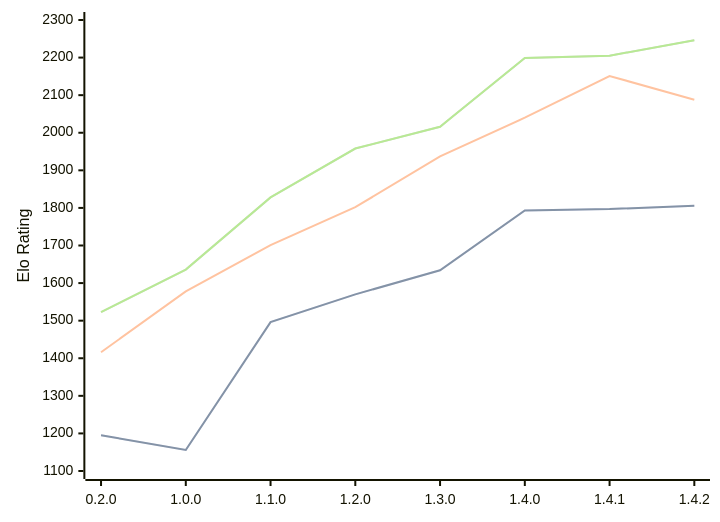
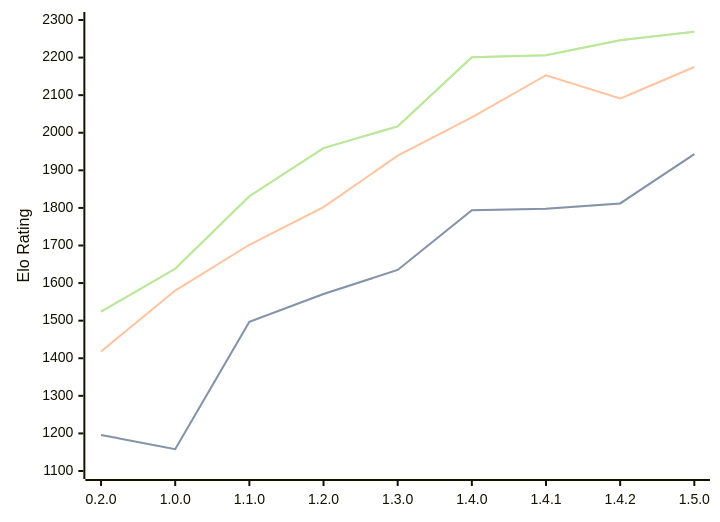
Before and after one commit to computer-chess-index/cci: the diagram in engines/Zeppelin.md, drawn with Mermaid. The commit also changed other lines of this file, not shown here.

Commit message:
Update CCI Ratings (ELO VLTC) - 2026-03-28

````diff
--- a/engines/Zeppelin.md
+++ b/engines/Zeppelin.md
@@ -41,11 +41,11 @@
 ```mermaid
 %%{init: {"theme":"base","themeVariables":{"seriesColors:['#a3a3a3','#222221','#faa371']}}}%%
 xychart-beta
-  x-axis ["0.2.0", "1.0.0", "1.1.0", "1.2.0", "1.3.0", "1.4.0", "1.4.1", "1.4.2"]
+  x-axis ["0.2.0", "1.0.0", "1.1.0", "1.2.0", "1.3.0", "1.4.0", "1.4.1", "1.4.2", "1.5.0"]
   y-axis "Elo Rating" 1100 --> 2300
-  line "STC (8.0+0.08s)" [1195, 1156, 1496, 1570, 1634, 1793, 1797, 1806]
-  line "STC (8.0+0.08s)" [1195, 1156, 1496, 1570, 1634, 1793, 1797, 1806]
-  line "LTC (60.0+0.60s)" [1416, 1578, 1701, 1802, 1937, 2040, 2151, 2088]
-  line "VLTC (2m24s+1.12s)" [1523, 1636, 1828, 1958, 2016, 2199, 2205, 2246]
-  line "VLTC (2m24s+1.12s)" [1523, 1636, 1828, 1958, 2016, 2199, 2205, 2246]
+  line "STC (8.0+0.08s)" [1196, 1158, 1497, 1571, 1635, 1794, 1798, 1812, 1943]
+  line "STC (8.0+0.08s)" [1196, 1158, 1497, 1571, 1635, 1794, 1798, 1812, 1943]
+  line "LTC (60.0+0.60s)" [1418, 1580, 1702, 1802, 1939, 2041, 2153, 2091, 2175]
+  line "VLTC (2m24s+1.12s)" [1524, 1638, 1831, 1959, 2017, 2201, 2206, 2246, 2269]
+  line "VLTC (2m24s+1.12s)" [1524, 1638, 1831, 1959, 2017, 2201, 2206, 2246, 2269]
 ```
````
